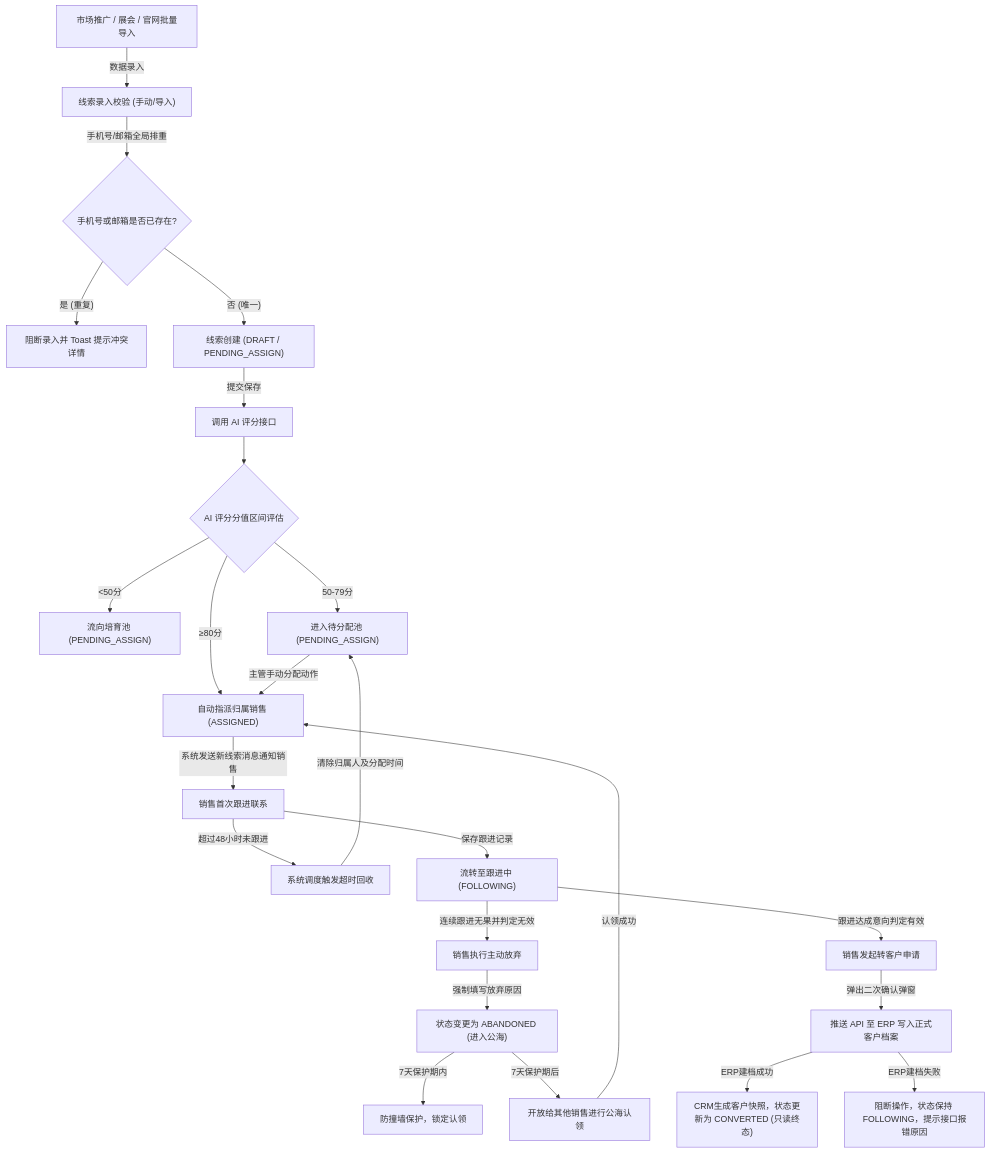
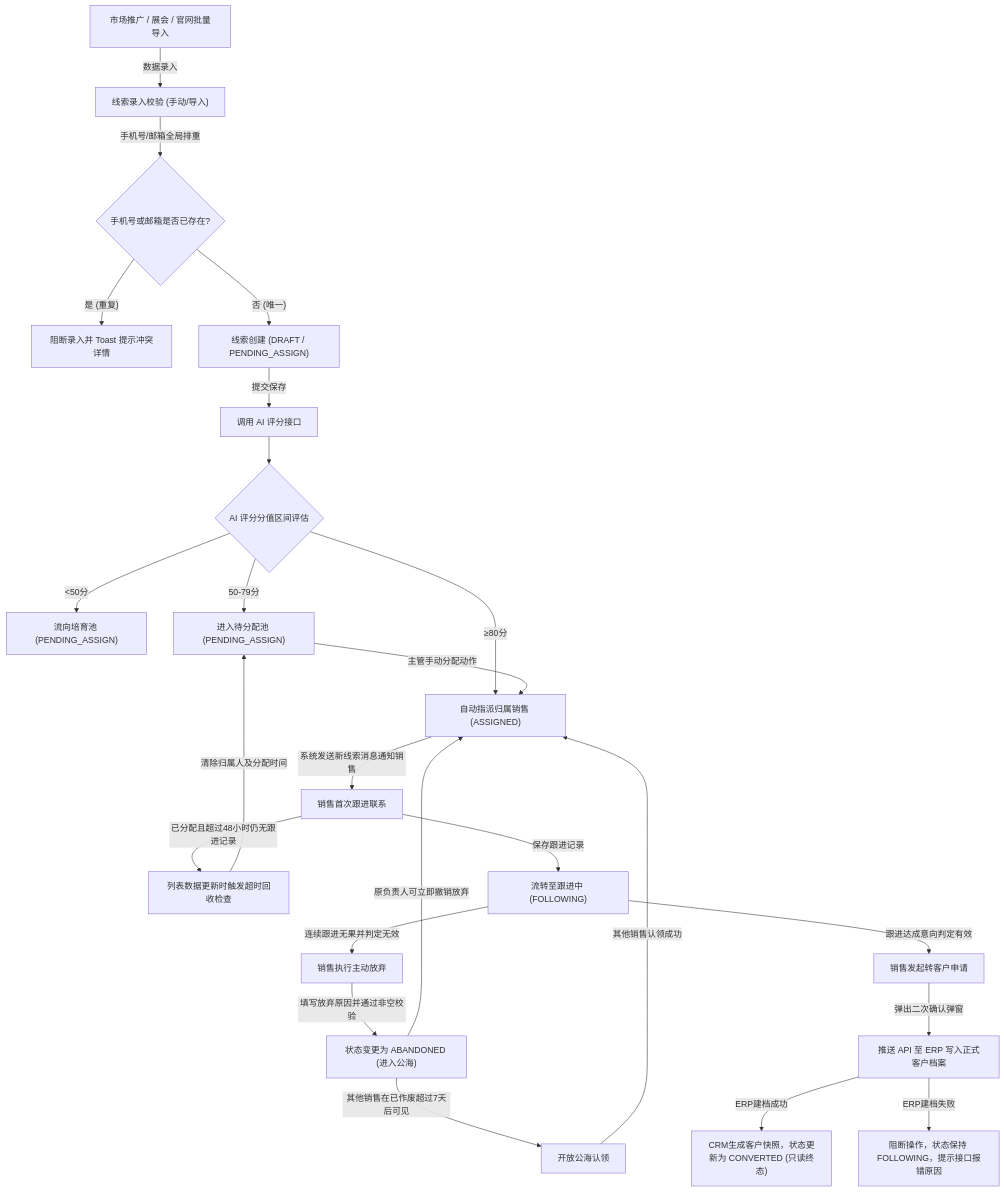
The first of 2 diagrams in prd-docs/线索管理/线索主PRD.md (lophyJessica/forge-crm), drawn with Mermaid before and after one commit. The commit also changed other lines of this file and 17 other files, not shown here.

````diff
--- a/prd-docs/线索管理/线索主PRD.md
+++ b/prd-docs/线索管理/线索主PRD.md
@@ -64,26 +64,26 @@
 ```mermaid
 flowchart TD
     A["市场推广 / 展会 / 官网批量导入"] -->|数据录入| B["线索录入校验 (手动/导入)"]
     B -->|手机号/邮箱全局排重| C{"手机号或邮箱是否已存在?"}
     C -->|"是 (重复)"| D["阻断录入并 Toast 提示冲突详情"]
     C -->|"否 (唯一)"| E["线索创建 (DRAFT / PENDING_ASSIGN)"]
     E -->|提交保存| F["调用 AI 评分接口"]
     F --> G{"AI 评分分值区间评估"}
     G -->|"<50分"| H["流向培育池 (PENDING_ASSIGN)"]
     G -->|"50-79分"| I["进入待分配池 (PENDING_ASSIGN)"]
     G -->|"≥80分"| J["自动指派归属销售 (ASSIGNED)"]
     I -->|主管手动分配动作| J
     J -->|系统发送新线索消息通知销售| K["销售首次跟进联系"]
-    K -->|超过48小时未跟进| L["系统调度触发超时回收"]
+    K -->|已分配且超过48小时仍无跟进记录| L["列表数据更新时触发超时回收检查"]
     L -->|清除归属人及分配时间| I
     K -->|保存跟进记录| M["流转至跟进中 (FOLLOWING)"]
     M -->|连续跟进无果并判定无效| N["销售执行主动放弃"]
-    N -->|强制填写放弃原因| O["状态变更为 ABANDONED (进入公海)"]
-    O -->|7天保护期内| P["防撞墙保护，锁定认领"]
-    O -->|7天保护期后| Q["开放给其他销售进行公海认领"]
-    Q -->|认领成功| J
+    N -->|填写放弃原因并通过非空校验| O["状态变更为 ABANDONED (进入公海)"]
+    O -->|原负责人可立即撤销放弃| J
+    O -->|其他销售在已作废超过7天后可见| P["开放公海认领"]
+    P -->|其他销售认领成功| J
     M -->|跟进达成意向判定有效| R["销售发起转客户申请"]
     R -->|弹出二次确认弹窗| S["推送 API 至 ERP 写入正式客户档案"]
     S -->|ERP建档成功| T["CRM生成客户快照，状态更新为 CONVERTED (只读终态)"]
     S -->|ERP建档失败| U["阻断操作，状态保持 FOLLOWING，提示接口报错原因"]
 ```
````
